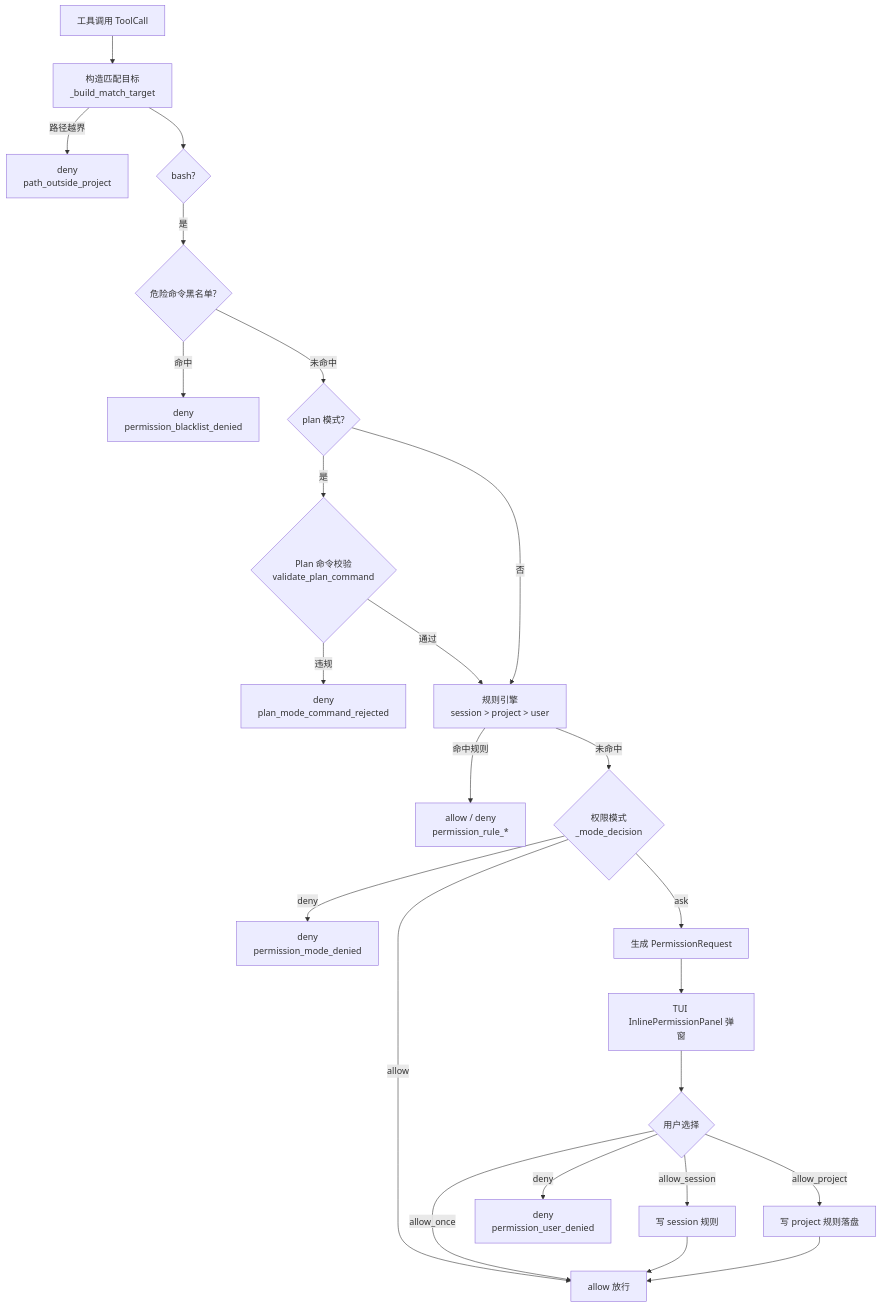
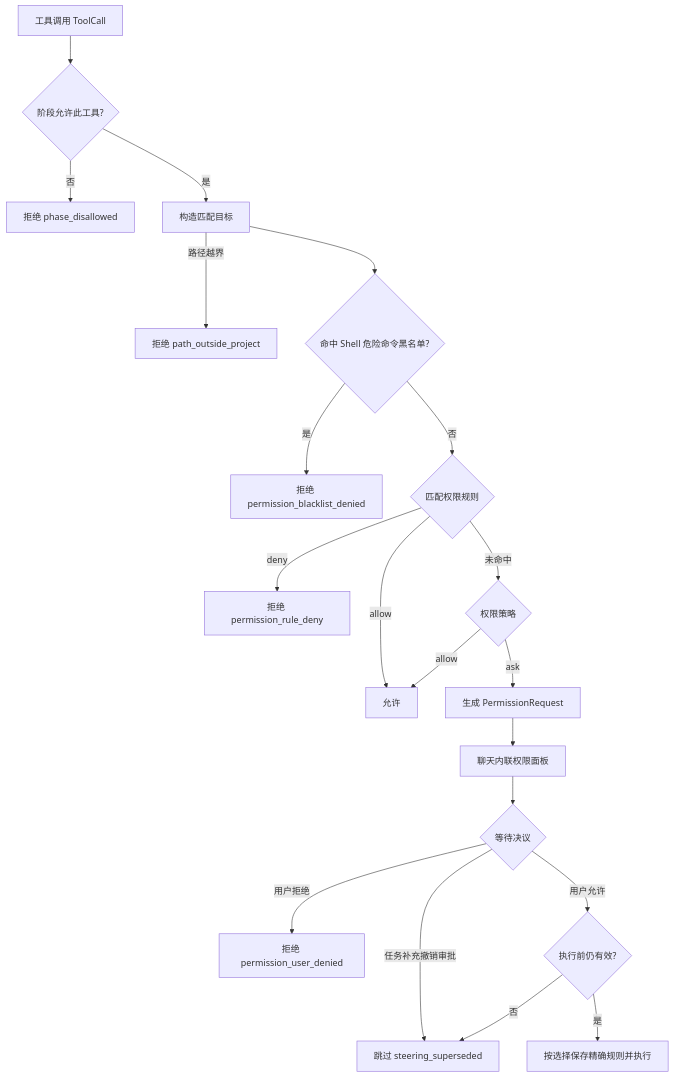
One commit to LangYiSheng/LanCher-Code changed the diagram in docs/workflows/permission-flow.md. Above: the diagram before and after it, drawn with Mermaid. The commit also changed other lines of this file and 64 other files, not shown here.

````diff
--- a/docs/workflows/permission-flow.md
+++ b/docs/workflows/permission-flow.md
@@ -7,24 +25,22 @@
 ```mermaid
 flowchart TD
-    A[工具调用 ToolCall] --> B[构造匹配目标<br/>_build_match_target]
-    B -->|路径越界| D[deny<br/>path_outside_project]
-    B --> C{bash?}
-    C -->|是| E{危险命令黑名单?}
-    E -->|命中| D2[deny<br/>permission_blacklist_denied]
-    E -->|未命中| F{plan 模式?}
-    F -->|是| G{Plan 命令校验<br/>validate_plan_command}
-    G -->|违规| D3[deny<br/>plan_mode_command_rejected]
-    G -->|通过| H
-    F -->|否| H[规则引擎<br/>session > project > user]
-    H -->|命中规则| I[allow / deny<br/>permission_rule_*]
-    H -->|未命中| J{权限模式<br/>_mode_decision}
-    J -->|allow| K[allow 放行]
-    J -->|deny| D4[deny<br/>permission_mode_denied]
+    A[工具调用 ToolCall] --> B{阶段允许此工具?}
+    B -->|否| D[拒绝 phase_disallowed]
+    B -->|是| C[构造匹配目标]
+    C -->|路径越界| E[拒绝 path_outside_project]
+    C --> F{命中 Shell 危险命令黑名单?}
+    F -->|是| G[拒绝 permission_blacklist_denied]
+    F -->|否| H{匹配权限规则}
+    H -->|allow| K[允许]
+    H -->|deny| I[拒绝 permission_rule_deny]
+    H -->|未命中| J{权限策略}
+    J -->|allow| K
     J -->|ask| L[生成 PermissionRequest]
-    L --> M[TUI InlinePermissionPanel 弹窗]
-    M --> N{用户选择}
-    N -->|allow_once| K
-    N -->|allow_session| O[写 session 规则] --> K
-    N -->|allow_project| P[写 project 规则落盘] --> K
-    N -->|deny| D5[deny<br/>permission_user_denied]
+    L --> M[聊天内联权限面板]
+    M --> N{等待决议}
+    N -->|用户拒绝| O[拒绝 permission_user_denied]
+    N -->|任务补充撤销审批| P[跳过 steering_superseded]
+    N -->|用户允许| Q{执行前仍有效?}
+    Q -->|否| P
+    Q -->|是| R[按选择保存精确规则并执行]
 ```
````
